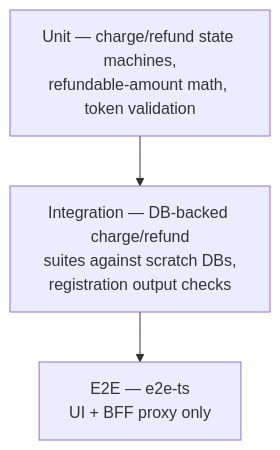
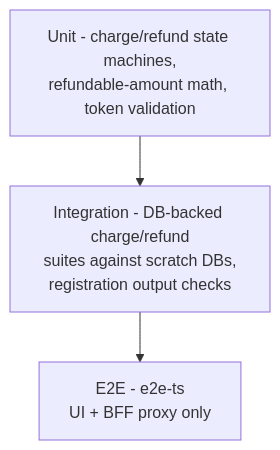
Before and after one commit to commerce8/bill8-site: the tenth of 10 diagrams in docs/products/payments/design.md, drawn with Mermaid. The commit also changed other lines of this file and 45 other files, not shown here.

````diff
--- a/docs/products/payments/design.md
+++ b/docs/products/payments/design.md
@@ -371,5 +371,5 @@
 ```mermaid
 graph TD
-    U["Unit — charge/refund state machines,<br/>refundable-amount math, token validation"] --> I["Integration — DB-backed charge/refund<br/>suites against scratch DBs,<br/>registration output checks"]
-    I --> E["E2E — e2e-ts<br/>UI + BFF proxy only"]
+    U["Unit - charge/refund state machines,<br/>refundable-amount math, token validation"] --> I["Integration - DB-backed charge/refund<br/>suites against scratch DBs,<br/>registration output checks"]
+    I --> E["E2E - e2e-ts<br/>UI + BFF proxy only"]
 ```
````
